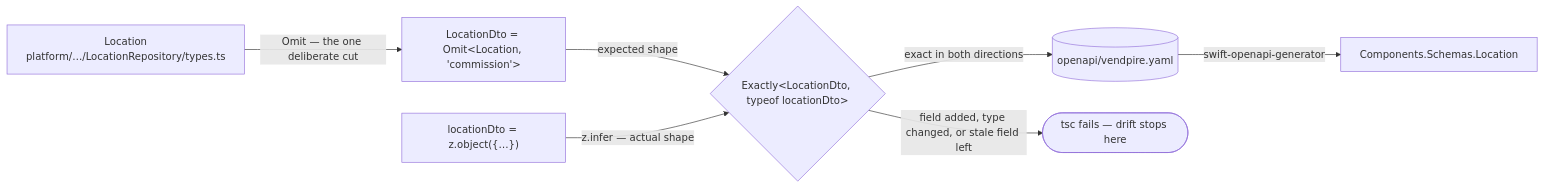
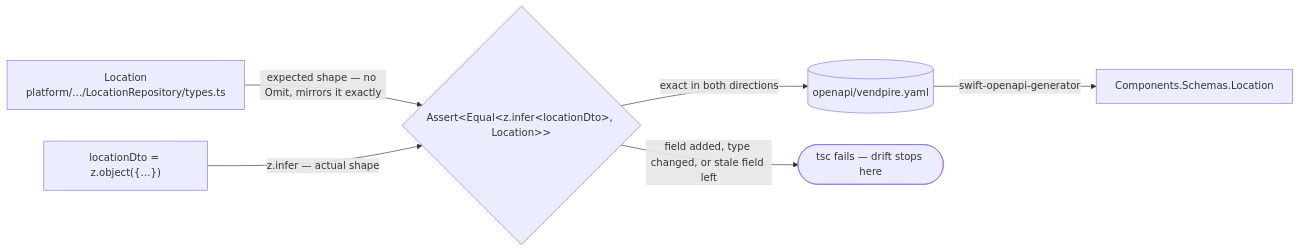
The fifth of 6 diagrams in docs/superpowers/specs/2026-10-21-rest-openapi-surface-design.md (jmoyers14/vendpire), drawn with Mermaid before and after one commit. The commit also changed other lines of this file and 1 other file, not shown here.

````diff
--- a/docs/superpowers/specs/2026-10-21-rest-openapi-surface-design.md
+++ b/docs/superpowers/specs/2026-10-21-rest-openapi-surface-design.md
@@ -388,16 +385,14 @@
 ```mermaid
 flowchart LR
     Entity["Location<br/>platform/…/LocationRepository/types.ts"]
-    Dto["LocationDto = Omit&lt;Location, 'commission'&gt;"]
     Schema["locationDto = z.object({…})"]
-    Check{"Exactly&lt;LocationDto, typeof locationDto&gt;"}
+    Check{"Assert&lt;Equal&lt;z.infer&lt;locationDto&gt;, Location&gt;&gt;"}
     Yaml[("openapi/vendpire.yaml")]
     Swift["Components.Schemas.Location"]
 
-    Entity -->|"Omit — the one deliberate cut"| Dto
-    Dto -->|"expected shape"| Check
+    Entity -->|"expected shape — no Omit, mirrors it exactly"| Check
     Schema -->|"z.infer — actual shape"| Check
     Check -->|"field added, type changed, or stale field left"| Stop(["tsc fails — drift stops here"])
     Check -->|"exact in both directions"| Yaml
     Yaml -->|"swift-openapi-generator"| Swift
 ```
````
